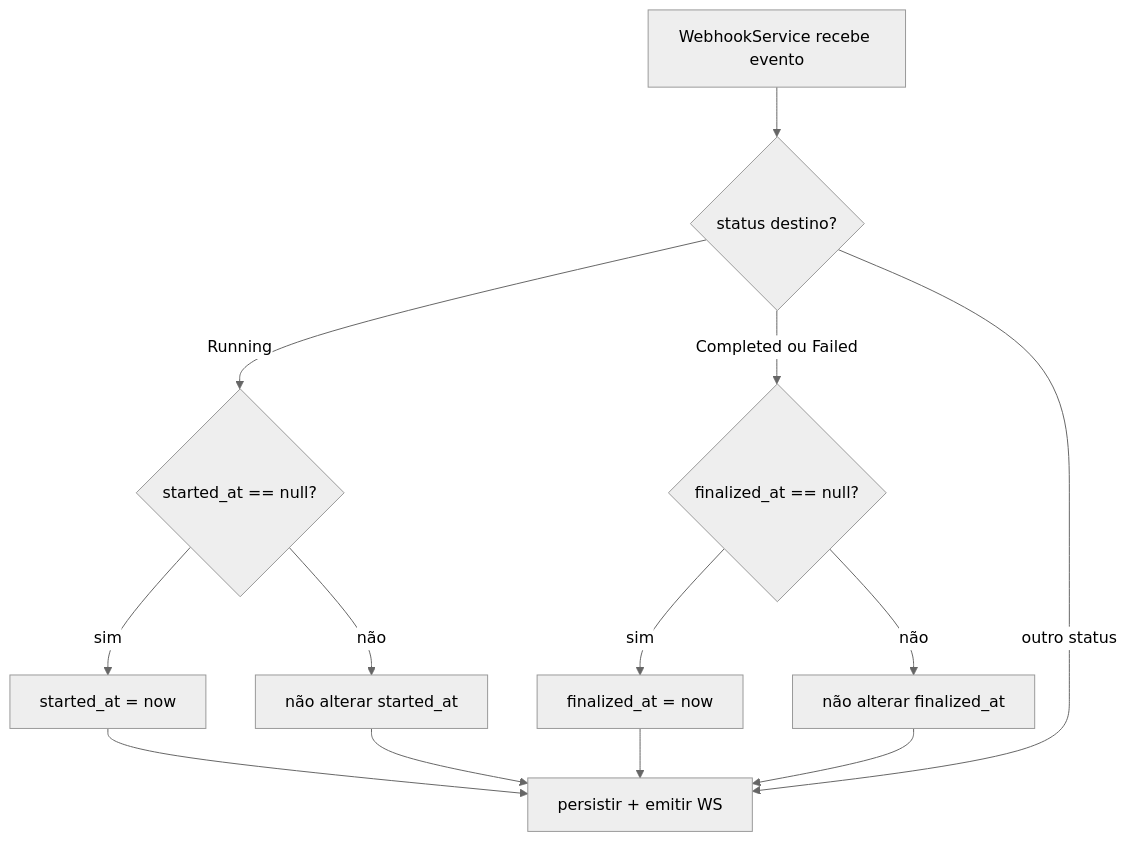
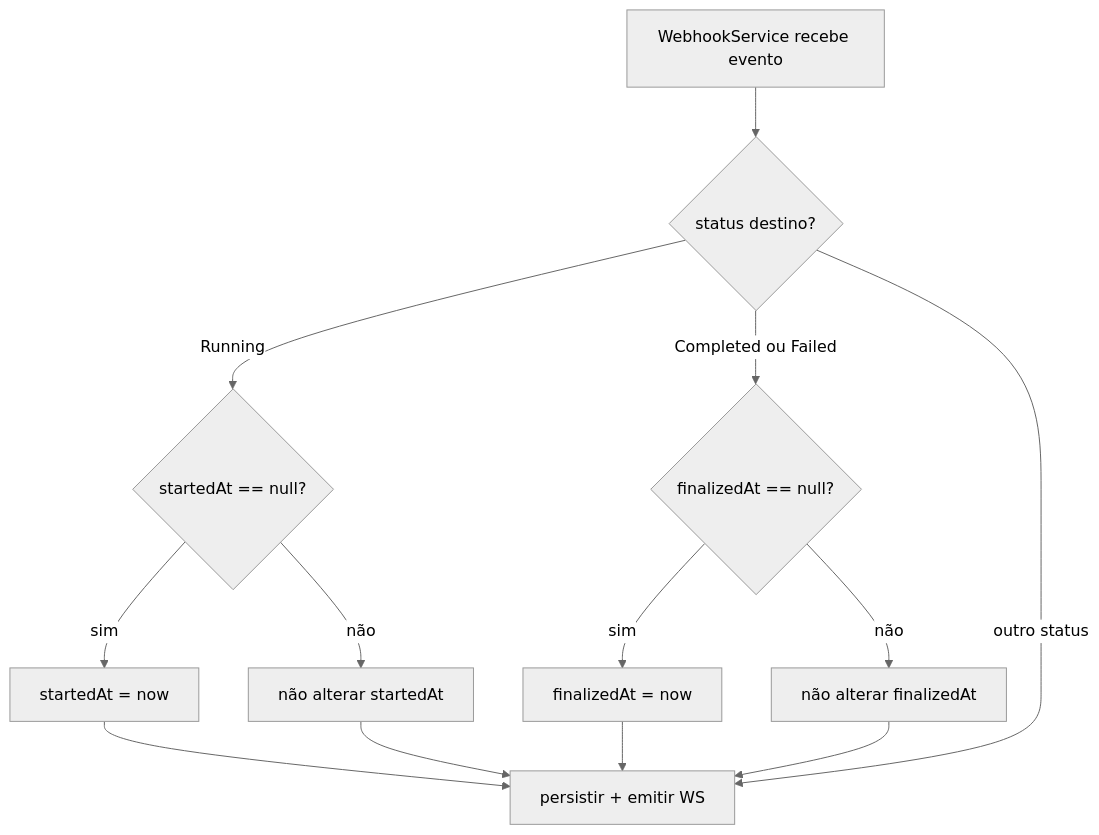
Before and after one commit to adaptwebtech/monitor-deploy: the seventh of 8 diagrams in docs/specs/pipeline-queue-timestamps.md, drawn with Mermaid (neutral theme). The commit also changed other lines of this file and 21 other files, not shown here.

````diff
--- a/docs/specs/pipeline-queue-timestamps.md
+++ b/docs/specs/pipeline-queue-timestamps.md
@@ -230,17 +230,17 @@
 ```mermaid
 flowchart TD
     A[WebhookService recebe evento] --> B{status destino?}
-    B --> |Running| C{started_at == null?}
-    C --> |sim| D[started_at = now]
-    C --> |não| E[não alterar started_at]
+    B --> |Running| C{startedAt == null?}
+    C --> |sim| D[startedAt = now]
+    C --> |não| E[não alterar startedAt]
     D --> F[persistir + emitir WS]
     E --> F
 
-    B --> |Completed ou Failed| G{finalized_at == null?}
-    G --> |sim| H[finalized_at = now]
-    G --> |não| I[não alterar finalized_at]
+    B --> |Completed ou Failed| G{finalizedAt == null?}
+    G --> |sim| H[finalizedAt = now]
+    G --> |não| I[não alterar finalizedAt]
     H --> F
     I --> F
 
     B --> |outro status| F
 ```
````
